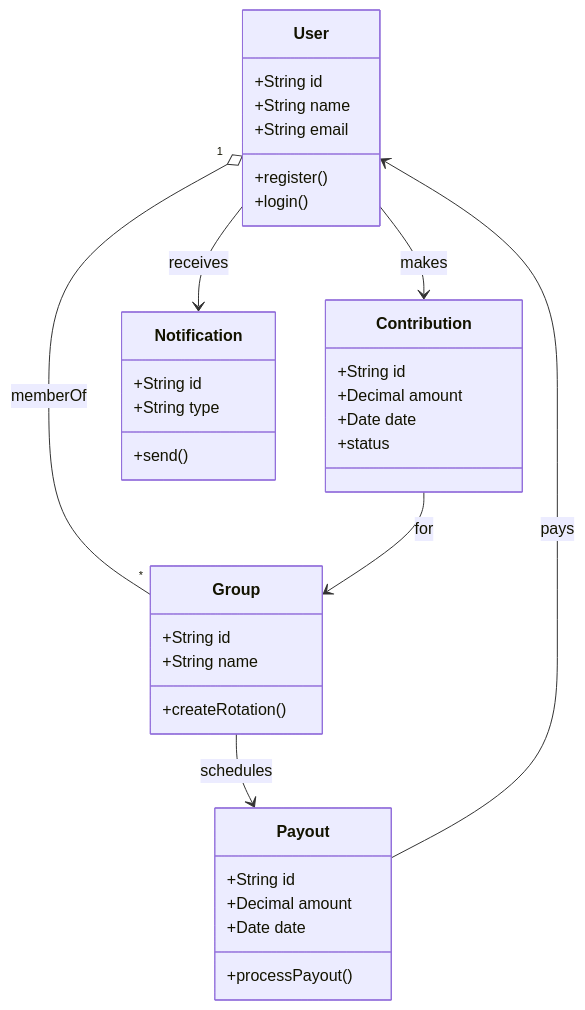
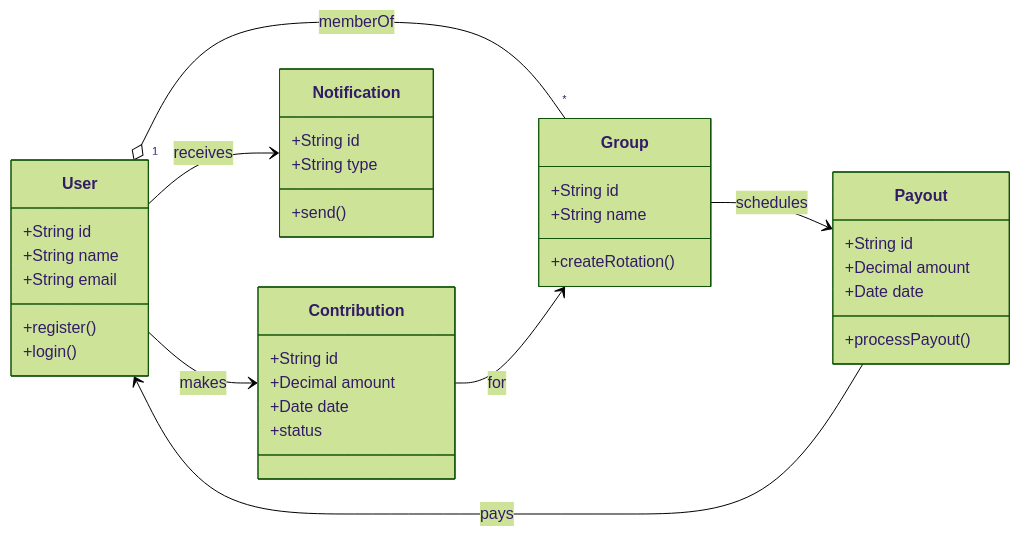
The first of 6 diagrams in docs/uml/diagrams.md (ghislainche-ngc/Digital-Njangi-Platform), drawn with Mermaid before and after one commit. The commit also changed other lines of this file and 14 other files, not shown here.

````diff
--- a/docs/uml/diagrams.md
+++ b/docs/uml/diagrams.md
@@ -7,38 +7,40 @@
 ```mermaid
+%%{init: {'theme':'forest', 'themeVariables': {'primaryColor':'#f8f0e3','edgeLabelBackground':'#ffffff','tertiaryColor':'#efdfb6'}}}%%
 classDiagram
+    direction LR
     class User {
       +String id
       +String name
       +String email
       +register()
       +login()
     }
     class Group {
       +String id
       +String name
       +createRotation()
     }
     class Contribution {
       +String id
       +Decimal amount
       +Date date
       +status
     }
     class Payout {
       +String id
       +Decimal amount
       +Date date
       +processPayout()
     }
     class Notification {
       +String id
       +String type
       +send()
     }
     User "1" o-- "*" Group : memberOf
     User --> Contribution : makes
     Contribution --> Group : for
     Group --> Payout : schedules
     Payout --> User : pays
     User --> Notification : receives
 ```
````
